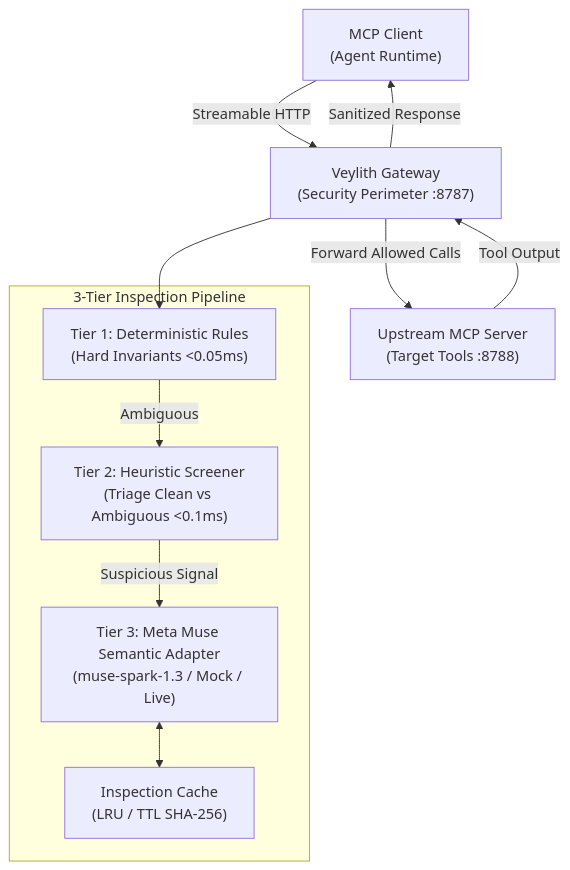
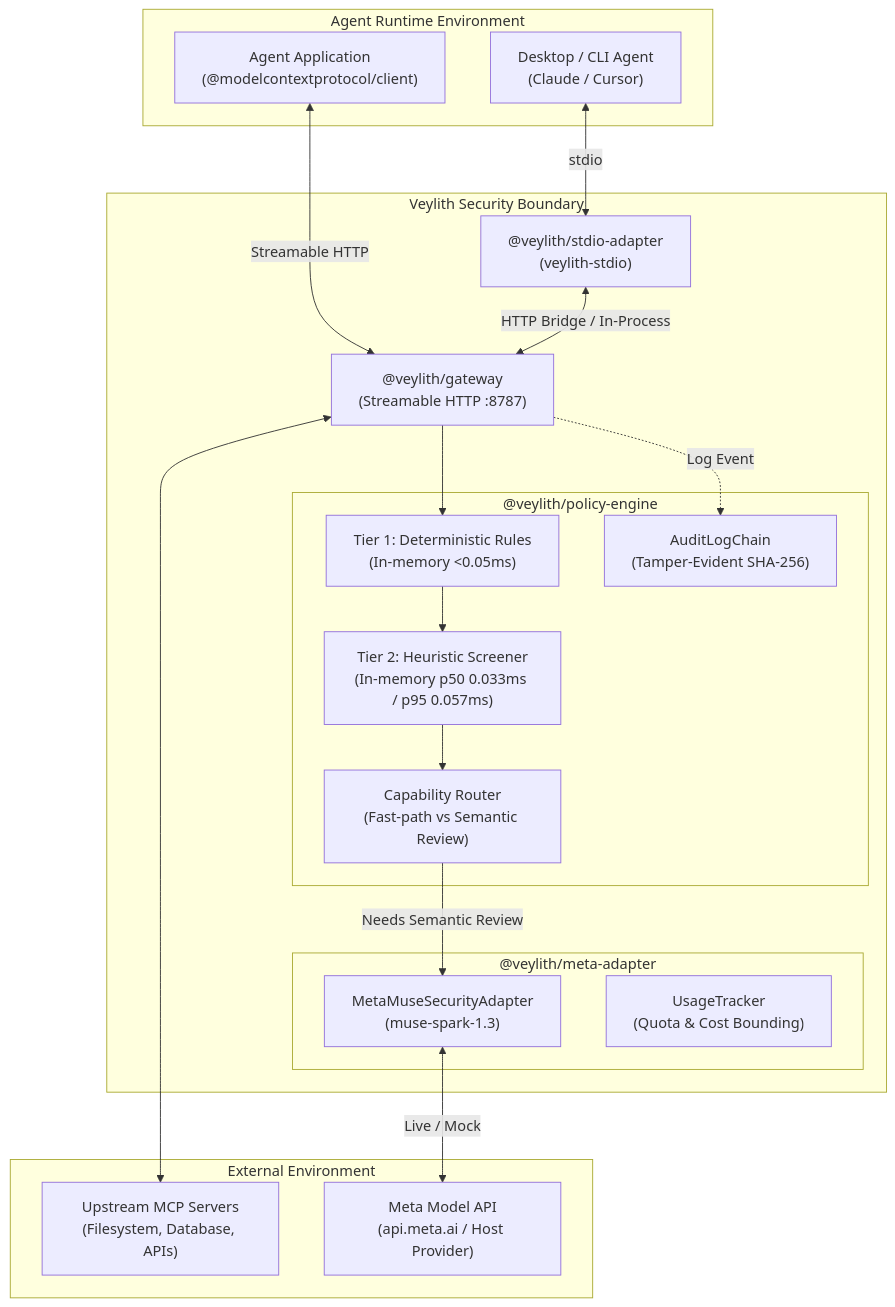
Before and after one commit to NilambarSonu/Veylith: the second of 3 diagrams in README.md, drawn with Mermaid. The commit also changed other lines of this file and 42 other files, not shown here.

````diff
--- a/README.md
+++ b/README.md
@@ -68,22 +72,38 @@
 ```mermaid
 flowchart TD
-    Client["MCP Client\n(Agent Runtime)"]
-    Gateway["Veylith Gateway\n(Security Perimeter :8787)"]
-    Upstream["Upstream MCP Server\n(Target Tools :8788)"]
-
-    subgraph InspectionPipeline ["3-Tier Inspection Pipeline"]
-        Tier1["Tier 1: Deterministic Rules\n(Hard Invariants <0.05ms)"]
-        Tier2["Tier 2: Heuristic Screener\n(Triage Clean vs Ambiguous <0.1ms)"]
-        Tier3["Tier 3: Meta Muse Semantic Adapter\n(muse-spark-1.3 / Mock / Live)"]
-        Cache["Inspection Cache\n(LRU / TTL SHA-256)"]
+    subgraph ClientLayer ["Agent Runtime Environment"]
+        AgentCLI["Desktop / CLI Agent\n(Claude / Cursor)"]
+        AgentSDK["Agent Application\n(@modelcontextprotocol/client)"]
     end
 
-    Client -->|Streamable HTTP| Gateway
-    Gateway --> Tier1
-    Tier1 -->|Ambiguous| Tier2
-    Tier2 -->|Suspicious Signal| Tier3
-    Tier3 <--> Cache
-    Gateway -->|Forward Allowed Calls| Upstream
-    Upstream -->|Tool Output| Gateway
-    Gateway -->|Sanitized Response| Client
+    subgraph VeylithControlPlane ["Veylith Security Boundary"]
+        StdioAdapter["@veylith/stdio-adapter\n(veylith-stdio)"]
+        Gateway["@veylith/gateway\n(Streamable HTTP :8787)"]
+
+        subgraph PolicyEngine ["@veylith/policy-engine"]
+            Tier1["Tier 1: Deterministic Rules\n(In-memory <0.05ms)"]
+            Tier2["Tier 2: Heuristic Screener\n(In-memory p50 0.033ms / p95 0.057ms)"]
+            Router["Capability Router\n(Fast-path vs Semantic Review)"]
+            AuditChain["AuditLogChain\n(Tamper-Evident SHA-256)"]
+        end
+
+        subgraph MetaAdapter ["@veylith/meta-adapter"]
+            AdapterCore["MetaMuseSecurityAdapter\n(muse-spark-1.3)"]
+            UsageTrack["UsageTracker\n(Quota & Cost Bounding)"]
+        end
+    end
+
+    subgraph UpstreamLayer ["External Environment"]
+        UpstreamTools["Upstream MCP Servers\n(Filesystem, Database, APIs)"]
+        MetaAPI["Meta Model API\n(api.meta.ai / Host Provider)"]
+    end
+
+    AgentCLI <-->|stdio| StdioAdapter
+    AgentSDK <-->|Streamable HTTP| Gateway
+    StdioAdapter <-->|HTTP Bridge / In-Process| Gateway
+    Gateway --> Tier1 --> Tier2 --> Router
+    Router -->|Needs Semantic Review| AdapterCore
+    AdapterCore <-->|Live / Mock| MetaAPI
+    Gateway <--> UpstreamTools
+    Gateway -.->|Log Event| AuditChain
 ```
````
